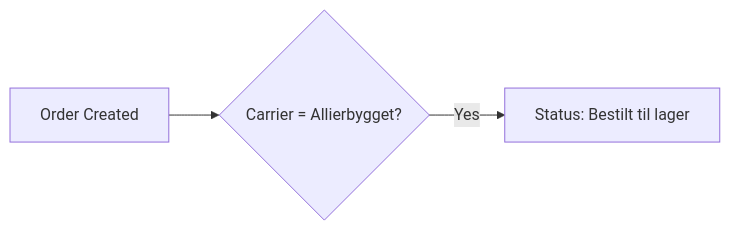
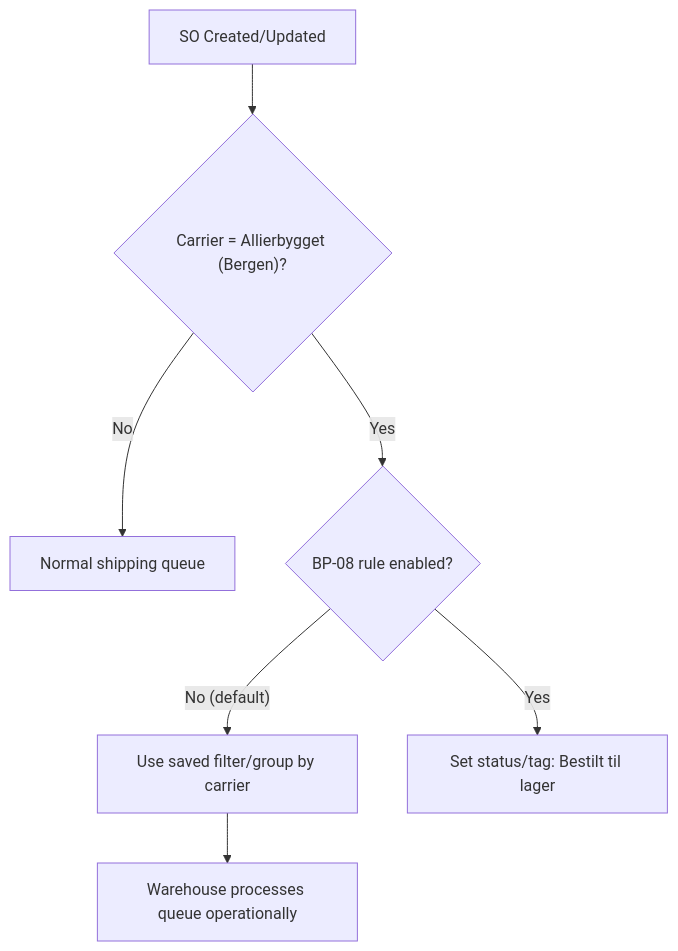
Before and after one commit to ozan-droid/documents: the eighth of 15 diagrams in bp-automations.md, drawn with Mermaid. The commit also changed other lines of this file, not shown here.

````diff
--- a/bp-automations.md
+++ b/bp-automations.md
@@ -180,5 +208,9 @@
 ```mermaid
-graph LR
-    A["Order Created"] --> B{"Carrier = Allierbygget?"}
-    B -- Yes --> C["Status: Bestilt til lager"]
+graph TD
+    A["SO Created/Updated"] --> B{"Carrier = Allierbygget (Bergen)?"}
+    B -- No --> C["Normal shipping queue"]
+    B -- Yes --> D{"BP-08 rule enabled?"}
+    D -- No (default) --> E["Use saved filter/group by carrier"]
+    E --> F["Warehouse processes queue operationally"]
+    D -- Yes --> G["Set status/tag: Bestilt til lager"]
 ```
````
